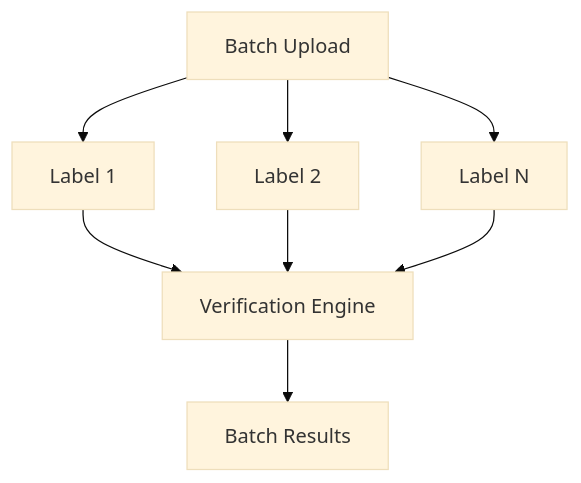
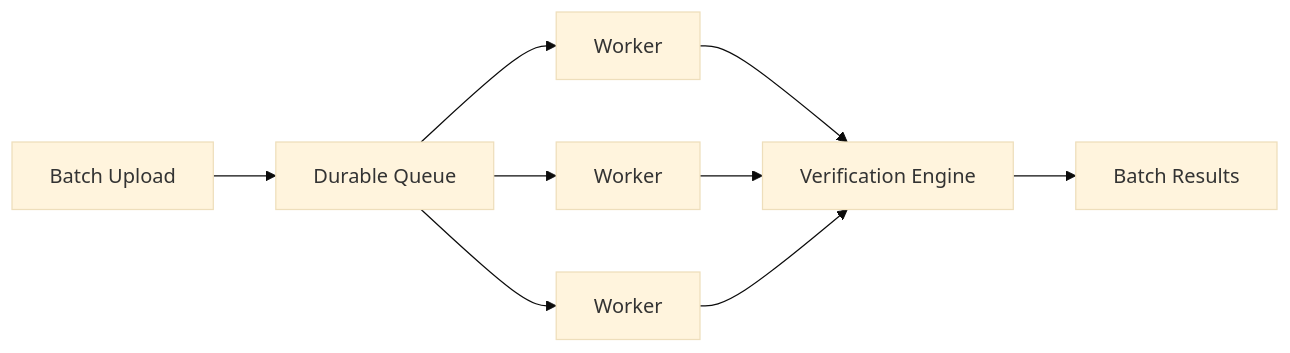
Before and after one commit to rawamba/ttb-ai-label-verification: the sixth of 6 diagrams in docs/architecture.md, drawn with Mermaid (base theme). The commit also changed other lines of this file and 5 other files, not shown here.

````diff
--- a/docs/architecture.md
+++ b/docs/architecture.md
@@ -641,19 +883,21 @@
 ```mermaid
-flowchart TD
+flowchart LR
     Batch["Batch Upload"]
-    Item1["Label 1"]
-    Item2["Label 2"]
-    Item3["Label N"]
-    Engine["Verification Engine"]
+    Queue["Durable Queue"]
+    W1["Worker"]
+    W2["Worker"]
+    WN["Worker"]
+    Verify["Verification Engine"]
     Results["Batch Results"]
 
-    Batch --> Item1
-    Batch --> Item2
-    Batch --> Item3
+    Batch --> Queue
+    Queue --> W1
+    Queue --> W2
+    Queue --> WN
 
-    Item1 --> Engine
-    Item2 --> Engine
-    Item3 --> Engine
+    W1 --> Verify
+    W2 --> Verify
+    WN --> Verify
 
-    Engine --> Results
+    Verify --> Results
 ```
````
